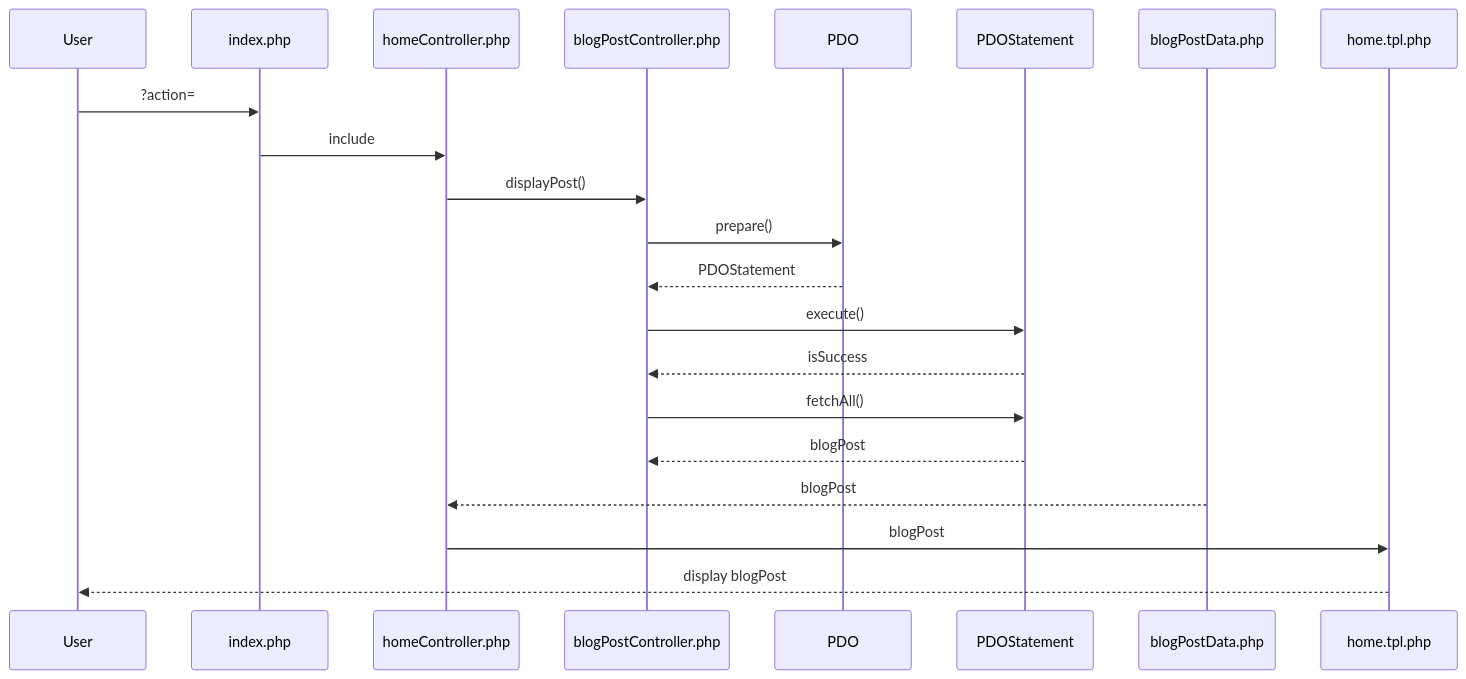
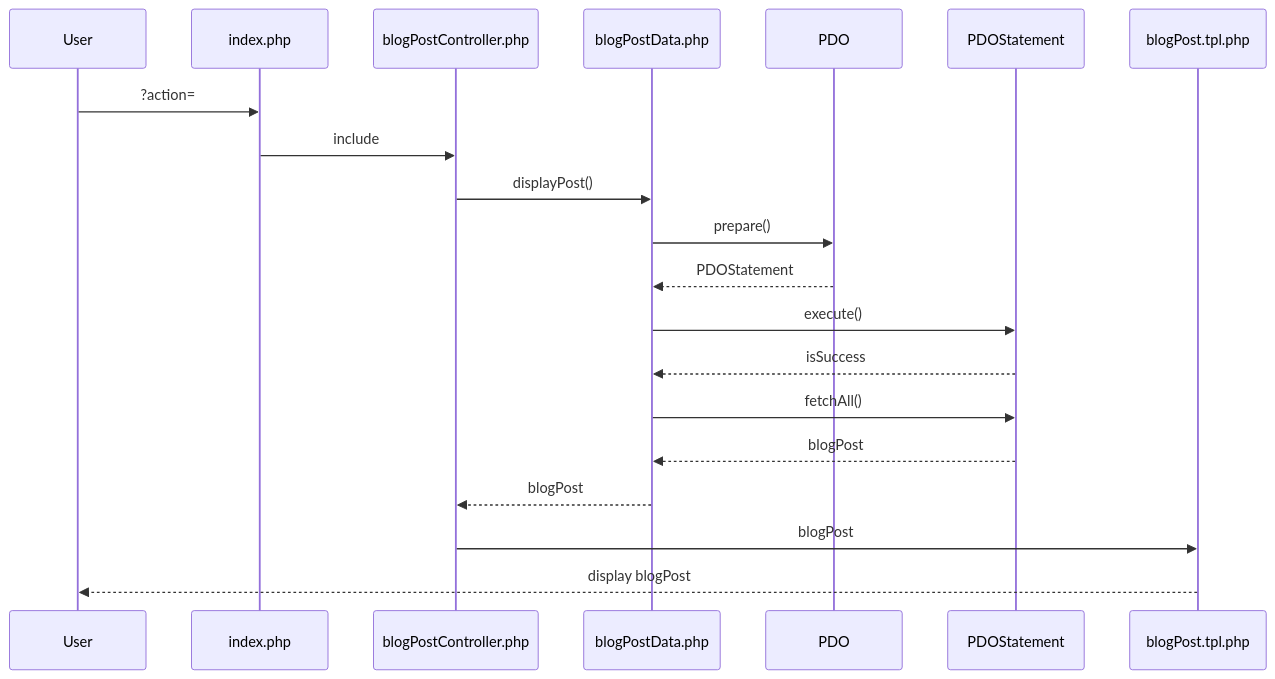
One commit to XavierFigari/blog changed the third of 3 diagrams in doc/diagram.md. Above: the diagram before and after it, drawn with Mermaid. The commit also changed 1 other file, not shown here.

Commit message:
change displayPost diagram

````diff
--- a/doc/diagram.md
+++ b/doc/diagram.md
@@ -27,15 +27,15 @@
 ```mermaid
 sequenceDiagram
     User ->> index.php: ?action=
-    index.php ->> homeController.php: include
-    homeController.php ->> blogPostController.php: displayPost()
-    blogPostController.php ->> PDO: prepare()
-    PDO -->> blogPostController.php: PDOStatement
-    blogPostController.php ->> PDOStatement: execute()
-    PDOStatement -->> blogPostController.php: isSuccess
-    blogPostController.php ->> PDOStatement: fetchAll()
-    PDOStatement -->> blogPostController.php: blogPost
-    blogPostData.php -->> homeController.php: blogPost
-    homeController.php ->> home.tpl.php: blogPost
-    home.tpl.php -->> User: display blogPost
+    index.php ->> blogPostController.php: include
+    blogPostController.php ->> blogPostData.php: displayPost()
+    blogPostData.php ->> PDO: prepare()
+    PDO -->> blogPostData.php: PDOStatement
+    blogPostData.php ->> PDOStatement: execute()
+    PDOStatement -->> blogPostData.php: isSuccess
+    blogPostData.php ->> PDOStatement: fetchAll()
+    PDOStatement -->> blogPostData.php: blogPost
+    blogPostData.php -->> blogPostController.php: blogPost
+    blogPostController.php ->> blogPost.tpl.php: blogPost
+    blogPost.tpl.php -->> User: display blogPost
 ```
````
